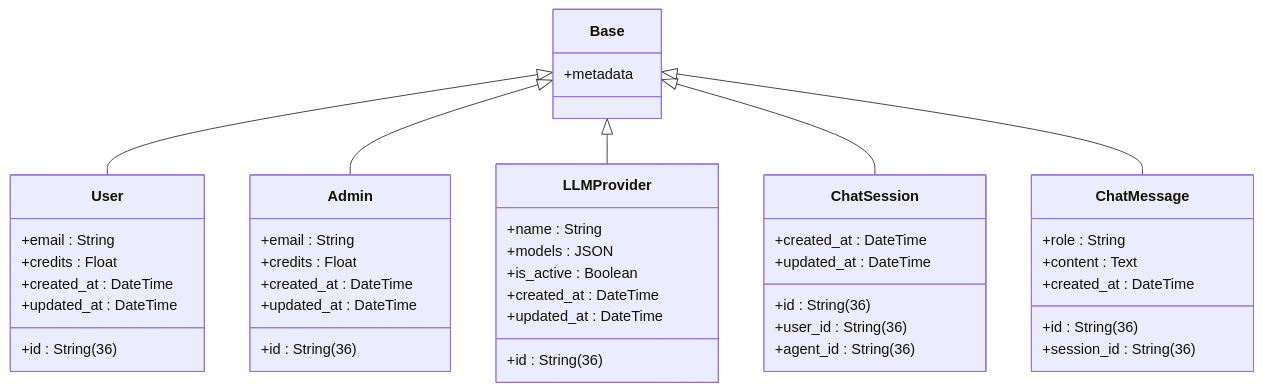
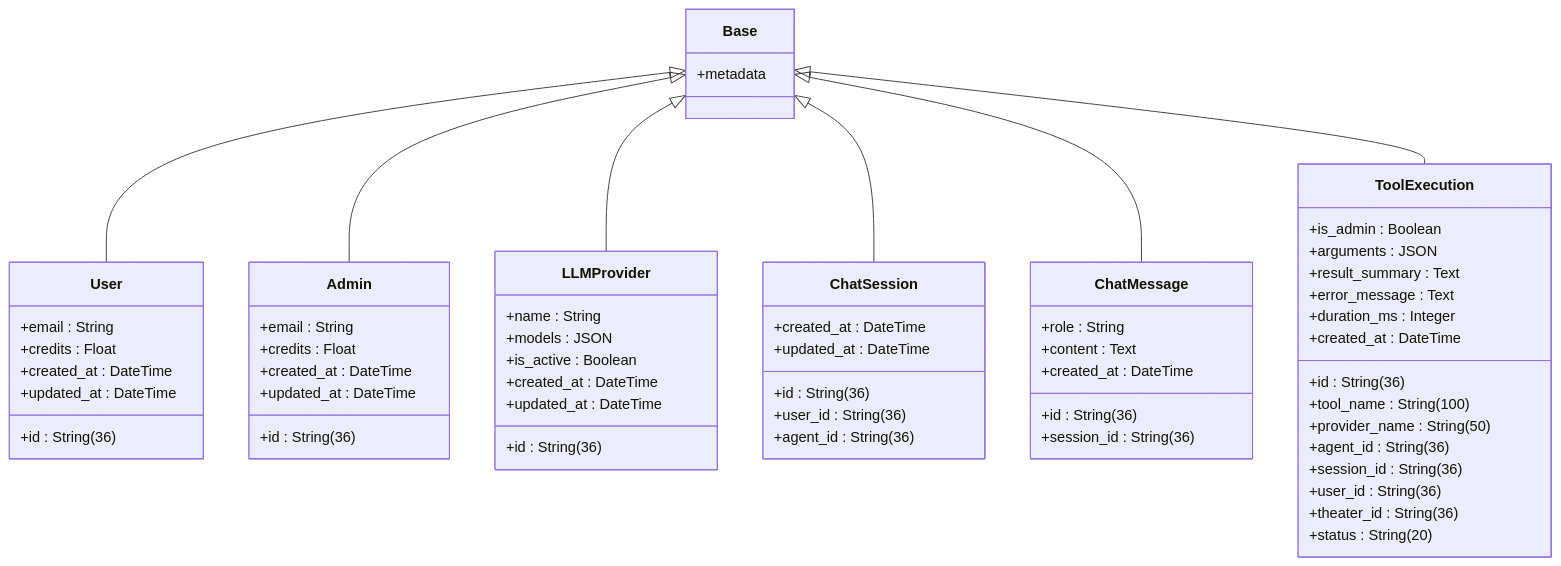
The fifth of 6 diagrams in .qoder/repowiki/zh/content/数据库设计/数据库迁移管理.md (KunLabAI/KunFlix), drawn with Mermaid before and after one commit. The commit also changed other lines of this file and 15 other files, not shown here.

````diff
--- a/.qoder/repowiki/zh/content/数据库设计/数据库迁移管理.md
+++ b/.qoder/repowiki/zh/content/数据库设计/数据库迁移管理.md
@@ -178,47 +194,64 @@
 ```mermaid
 classDiagram
 class Base {
 +metadata
 }
 class User {
 +id : String(36)
 +email : String
 +credits : Float
 +created_at : DateTime
 +updated_at : DateTime
 }
 class Admin {
 +id : String(36)
 +email : String
 +credits : Float
 +created_at : DateTime
 +updated_at : DateTime
 }
 class LLMProvider {
 +id : String(36)
 +name : String
 +models : JSON
 +is_active : Boolean
 +created_at : DateTime
 +updated_at : DateTime
 }
 class ChatSession {
 +id : String(36)
 +user_id : String(36)
 +agent_id : String(36)
 +created_at : DateTime
 +updated_at : DateTime
 }
 class ChatMessage {
 +id : String(36)
 +session_id : String(36)
 +role : String
 +content : Text
 +created_at : DateTime
 }
+class ToolExecution {
++id : String(36)
++tool_name : String(100)
++provider_name : String(50)
++agent_id : String(36)
++session_id : String(36)
++user_id : String(36)
++is_admin : Boolean
++theater_id : String(36)
++arguments : JSON
++result_summary : Text
++status : String(20)
++error_message : Text
++duration_ms : Integer
++created_at : DateTime
+}
 Base <|-- User
 Base <|-- Admin
 Base <|-- LLMProvider
 Base <|-- ChatSession
 Base <|-- ChatMessage
+Base <|-- ToolExecution
 ```
````
